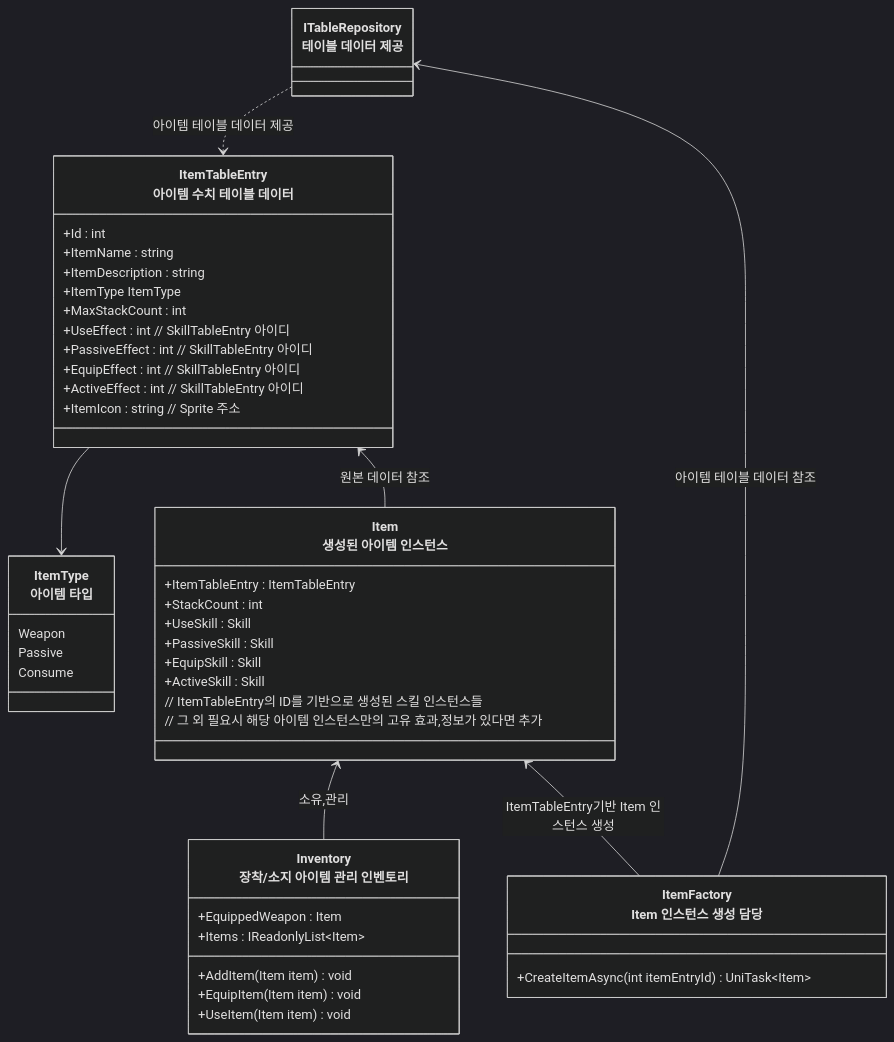
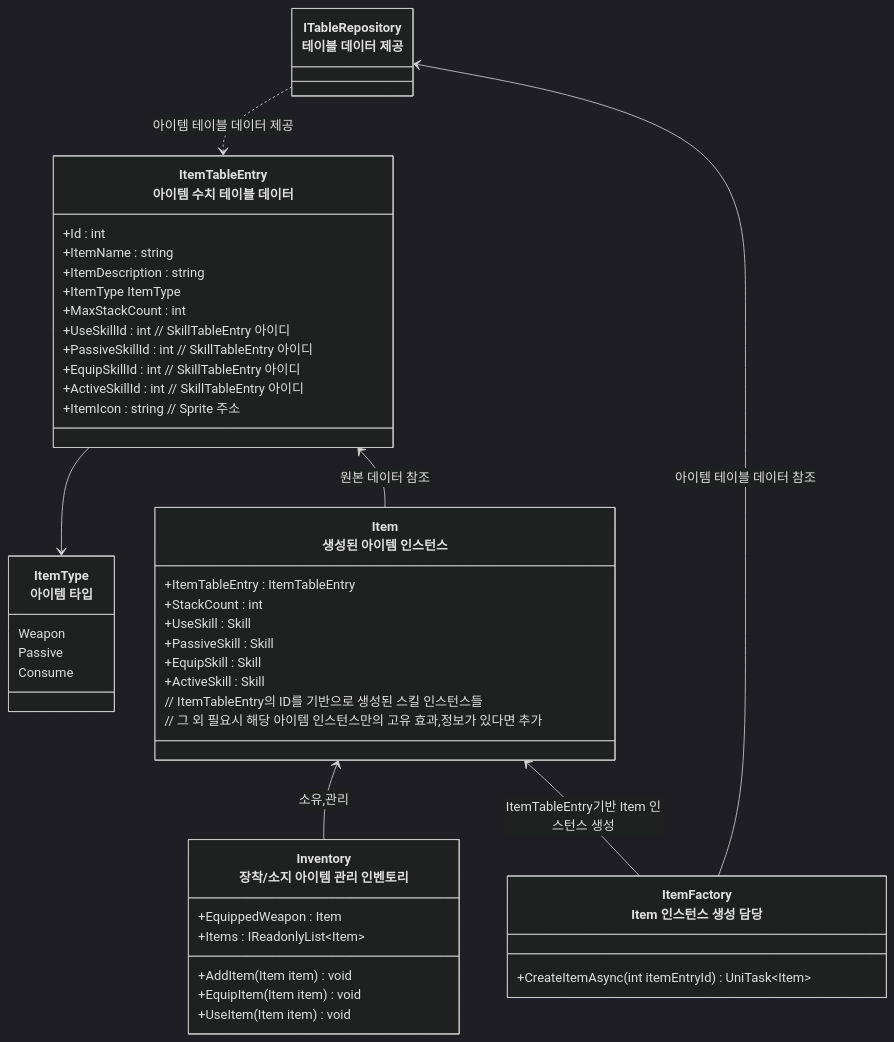
Before and after one commit to JIN5EOK/DungeonShooter: the first of 2 diagrams in README/아이템,인벤토리_설계.md, drawn with Mermaid (dark theme). The commit also changed 3 other files, not shown here.

````diff
--- a/README/아이템,인벤토리_설계.md
+++ b/README/아이템,인벤토리_설계.md
@@ -27,52 +27,52 @@
 ```mermaid
 classDiagram
 	class ItemType["ItemType<br>아이템 타입"]{
 		Weapon
 		Passive
 		Consume
 	}
     class ItemTableEntry["ItemTableEntry<br>아이템 수치 테이블 데이터"]{
 	    +Id : int
 	    +ItemName : string
         +ItemDescription : string
 	    +ItemType ItemType
 	    +MaxStackCount : int
-	    +UseEffect : int // SkillTableEntry 아이디
-	    +PassiveEffect : int // SkillTableEntry 아이디
-	    +EquipEffect : int // SkillTableEntry 아이디
-        +ActiveEffect : int // SkillTableEntry 아이디
+	    +UseSkillId : int // SkillTableEntry 아이디
+	    +PassiveSkillId : int // SkillTableEntry 아이디
+	    +EquipSkillId : int // SkillTableEntry 아이디
+        +ActiveSkillId : int // SkillTableEntry 아이디
 	    +ItemIcon : string // Sprite 주소
     }
     
 	class Item["Item<br>생성된 아이템 인스턴스"]{
         +ItemTableEntry : ItemTableEntry
         +StackCount : int
         +UseSkill : Skill
         +PassiveSkill : Skill
         +EquipSkill : Skill
         +ActiveSkill : Skill
         // ItemTableEntry의 ID를 기반으로 생성된 스킬 인스턴스들
         // 그 외 필요시 해당 아이템 인스턴스만의 고유 효과,정보가 있다면 추가
     }
 
     class Inventory["Inventory<br>장착/소지 아이템 관리 인벤토리"]{
         +EquippedWeapon : Item
         +Items : IReadonlyList~Item~
         +AddItem(Item item) void
         +EquipItem(Item item) void
         +UseItem(Item item) void
     }
 	
 	class ItemFactory["ItemFactory<br>Item 인스턴스 생성 담당"]{
         +CreateItemAsync(int itemEntryId) UniTask~Item~
     }
 	
 
 	class ITableRepository["ITableRepository<br>테이블 데이터 제공"]
 	ITableRepository ..> ItemTableEntry : 아이템 테이블 데이터 제공    
     ItemTableEntry --> ItemType
     ItemTableEntry <-- Item : 원본 데이터 참조
     Item <-- Inventory : 소유,관리
     Item <-- ItemFactory : ItemTableEntry기반 Item 인스턴스 생성
     ITableRepository <-- ItemFactory : 아이템 테이블 데이터 참조
 ```
````
